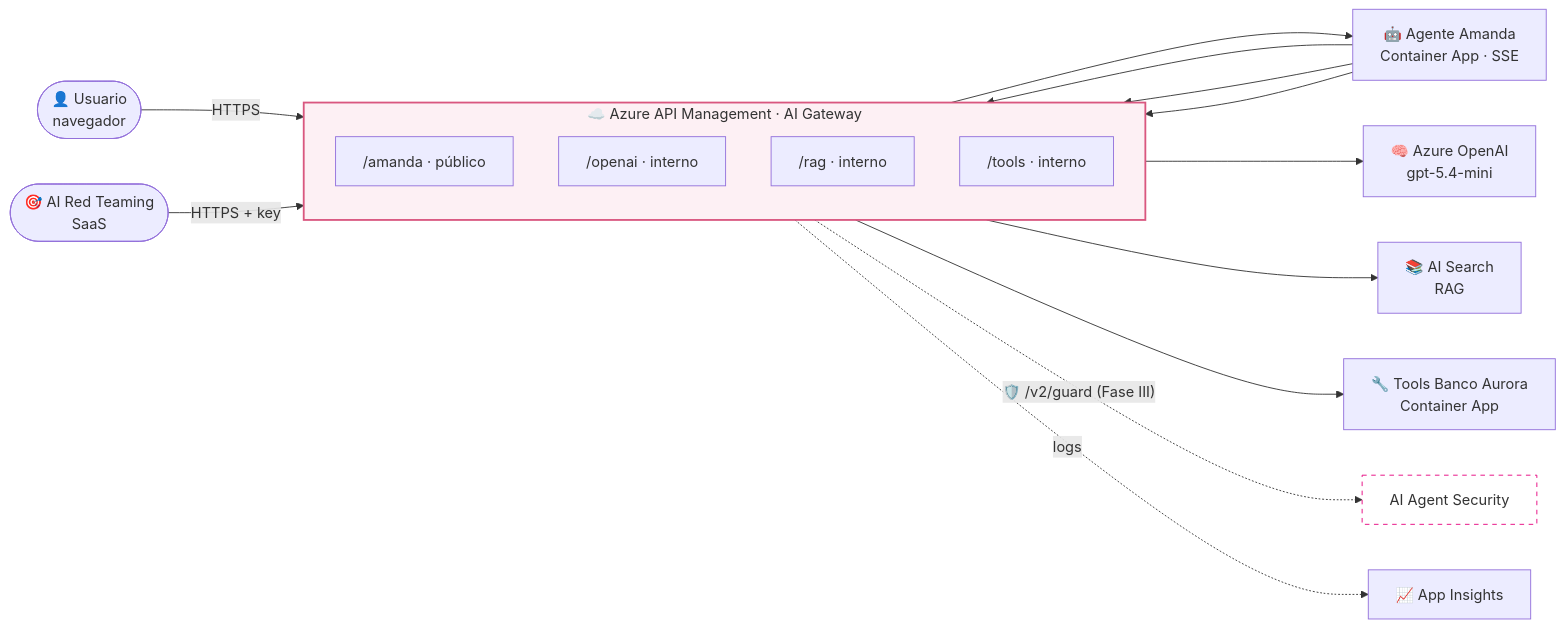
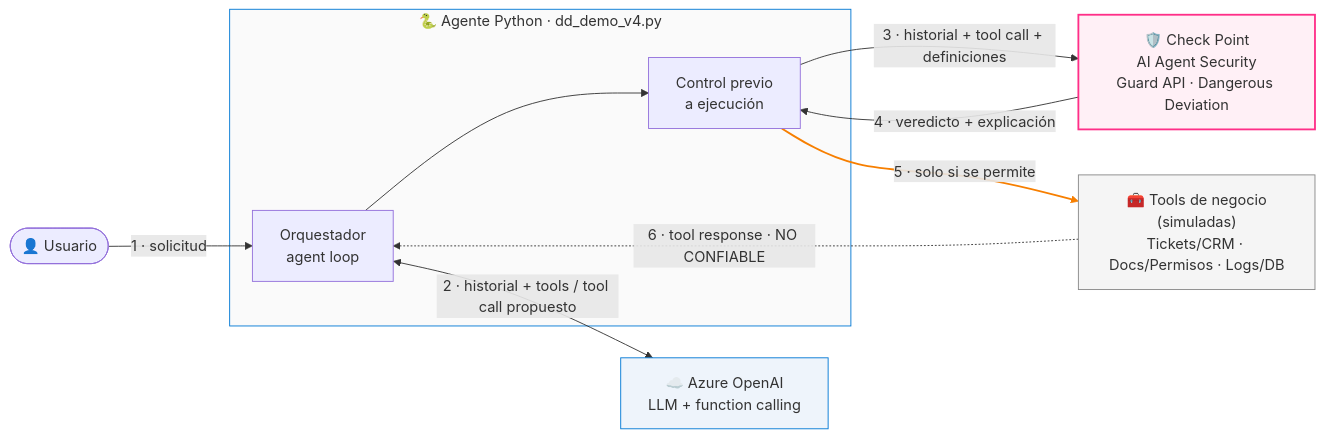
Before and after one commit to dcambronero/Basic-Dangerous-Deviation: the fifth of 8 diagrams in README.md, drawn with Mermaid. The commit also changed other lines of this file, not shown here.

Commit message:
README: guía del lab con diagramas y escenarios

````diff
--- a/README.md
+++ b/README.md
@@ -33,24 +189,26 @@
 ```mermaid
 flowchart LR
-    U(["👤 Usuario<br/>navegador"]) -->|HTTPS| P
-    RT(["🎯 AI Red Teaming<br/>SaaS"]) -->|HTTPS + key| P
+    USER(["👤 Usuario"]) -->|1 · solicitud| ORQ
 
-    subgraph APIM["☁️ Azure API Management · AI Gateway"]
-        direction TB
-        P["/amanda · público"]
-        O["/openai · interno"]
-        R["/rag · interno"]
-        T["/tools · interno"]
+    subgraph APP["🐍 Agente Python · dd_demo_v4.py"]
+        ORQ[Orquestador<br/>agent loop]
+        CTRL[Control previo<br/>a ejecución]
+        ORQ --> CTRL
     end
 
-    P --> AG["🤖 Agente Amanda<br/>Container App · SSE"]
-    AG --> O --> AOAI["🧠 Azure OpenAI<br/>gpt-5.4-mini"]
-    AG --> R --> S["📚 AI Search<br/>RAG"]
-    AG --> T --> TL["🔧 Tools Banco Aurora<br/>Container App"]
+    AOAI["☁️ Azure OpenAI<br/>LLM + function calling"]
+    GUARD["🛡️ Check Point<br/>AI Agent Security<br/>Guard API · Dangerous Deviation"]
+    TOOLS["🧰 Tools de negocio<br/>(simuladas)<br/>Tickets/CRM · Docs/Permisos · Logs/DB"]
 
-    APIM -. "🛡️ /v2/guard (Fase III)" .-> G["AI Agent Security"]
-    APIM -. logs .-> AI["📈 App Insights"]
+    ORQ <-->|2 · historial + tools / tool call propuesto| AOAI
+    CTRL -->|3 · historial + tool call + definiciones| GUARD
+    GUARD -->|4 · veredicto + explicación| CTRL
+    CTRL -->|5 · solo si se permite| TOOLS
+    TOOLS -.->|6 · tool response · NO CONFIABLE| ORQ
 
-    style APIM fill:#FDF0F4,stroke:#D9577F,stroke-width:2px
-    style G fill:#FFF,stroke:#E6007E,stroke-dasharray: 5 5
+    style GUARD fill:#fff0f6,stroke:#ff2e88,stroke-width:2px
+    style AOAI fill:#eef4fb,stroke:#0078D4
+    style TOOLS fill:#f5f5f5,stroke:#888
+    style APP fill:#fafafa,stroke:#0078D4
+    linkStyle 5 stroke:#f77f00,stroke-width:2px
 ```
````
